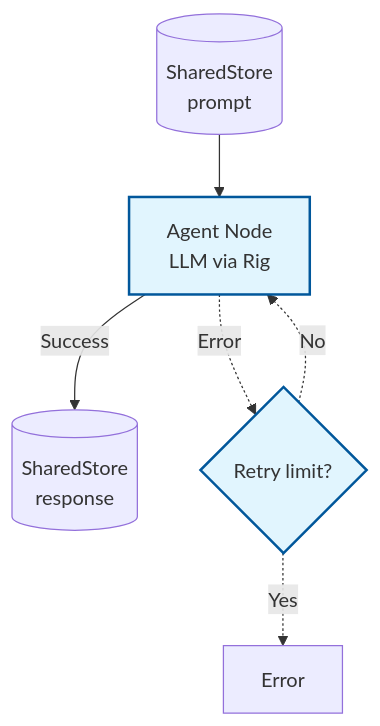
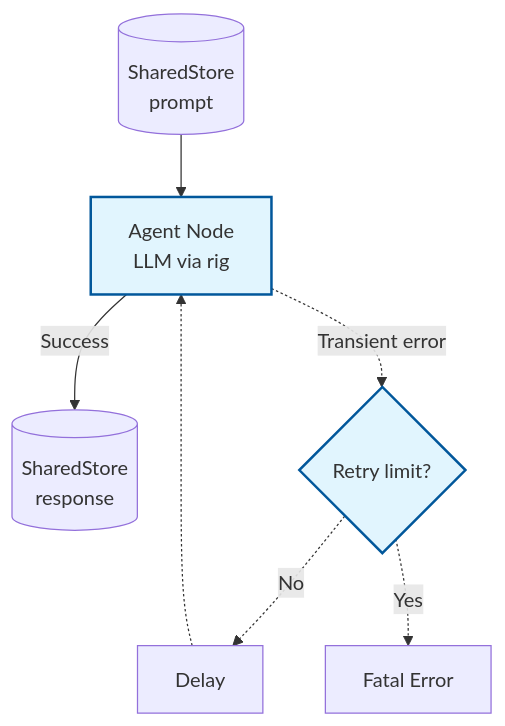
One commit to EzekTec-Inc/AgentFlow changed the diagram in examples/AGENT.md. Above: the diagram before and after it, drawn with Mermaid. The commit also changed other lines of this file and 23 other files, not shown here.

````diff
--- a/examples/AGENT.md
+++ b/examples/AGENT.md
@@ -13,11 +27,12 @@
 ```mermaid
 graph TD
-    Input[(SharedStore<br>prompt)] --> AgentNode[Agent Node<br>LLM via Rig]
+    Input[(SharedStore<br>prompt)] --> AgentNode[Agent Node<br>LLM via rig]
     AgentNode -->|Success| Output[(SharedStore<br>response)]
-    AgentNode -.->|Error| Retry{Retry limit?}
-    Retry -.->|No| AgentNode
-    Retry -.->|Yes| Fail[Error]
-    
+    AgentNode -.->|Transient error| Retry{Retry limit?}
+    Retry -.->|No| Wait[Delay]
+    Wait -.-> AgentNode
+    Retry -.->|Yes| Fail[Fatal Error]
+
     classDef agent fill:#e1f5fe,stroke:#01579b,stroke-width:2px;
     class AgentNode,Retry agent;
 ```
````
